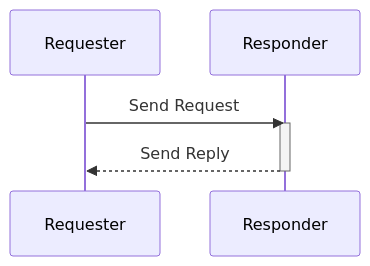
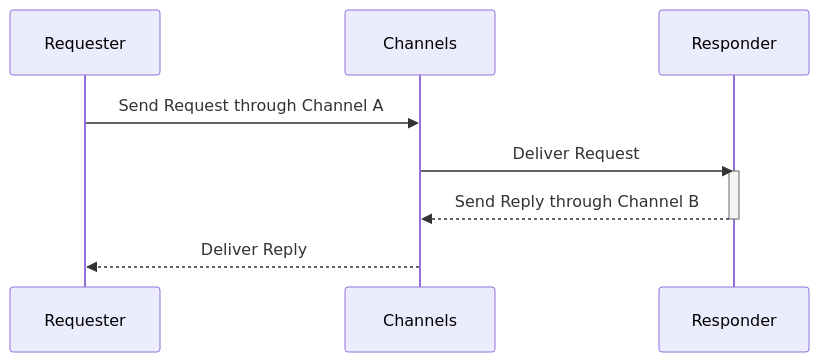
The diagram in pages/docs/concepts/asyncapi-document/reply-info.md (asyncapi/website), drawn with Mermaid before and after one commit. The commit also changed other lines of this file, not shown here.

````diff
--- a/pages/docs/concepts/asyncapi-document/reply-info.md
+++ b/pages/docs/concepts/asyncapi-document/reply-info.md
@@ -11,9 +11,9 @@
 ```mermaid
 sequenceDiagram
-    participant Requester as Requester
-    participant Responder as Responder
-    Requester->>Responder: Send Request
+    Requester->>Channels: Send Request through Channel A
+    Channels->>Responder: Deliver Request
     activate Responder
-    Responder-->>Requester: Send Reply
-    deactivate Responder
+    Responder-->>Channels: Send Reply through Channel B
+        deactivate Responder
+    Channels-->>Requester: Deliver Reply
 ```
````
